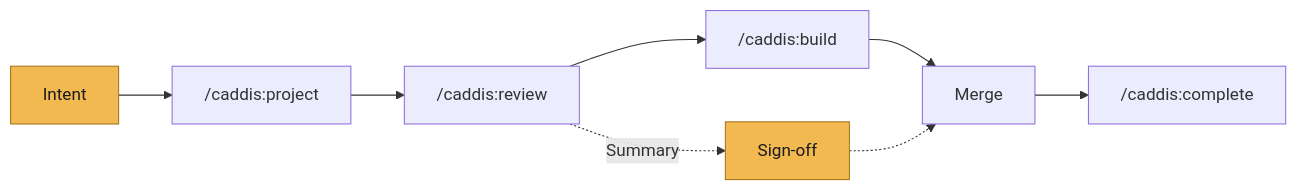
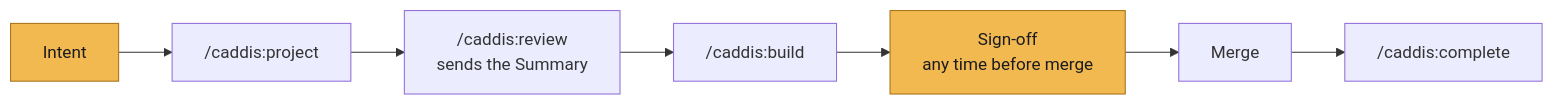
One commit to adivmaimon/Caddis changed the second of 2 diagrams in README.md. Above: the diagram before and after it, drawn with Mermaid.

Commit message:
docs(readme): make the sign-off order clear in the product flow

````diff
--- a/README.md
+++ b/README.md
@@ -85,7 +85,6 @@
 ```mermaid
 flowchart LR
-  I["Intent"] --> P["/caddis:project"] --> V["/caddis:review"] --> B["/caddis:build"] --> M[Merge] --> C["/caddis:complete"]
-  V -.->|Summary| S["Sign-off"] -.-> M
+  I["Intent"] --> P["/caddis:project"] --> V["/caddis:review<br>sends the Summary"] --> B["/caddis:build"] --> S["Sign-off<br>any time before merge"] --> M[Merge] --> C["/caddis:complete"]
   classDef po fill:#f2b950,stroke:#a8741a,color:#1b1b1f
   class I,S po
 ```
````
